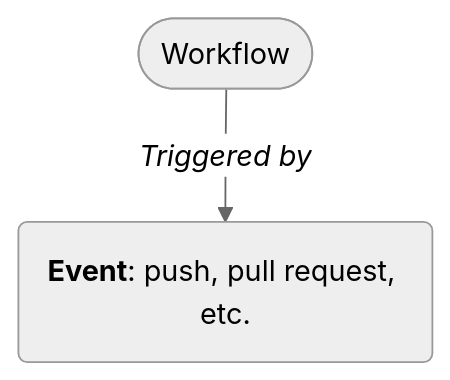
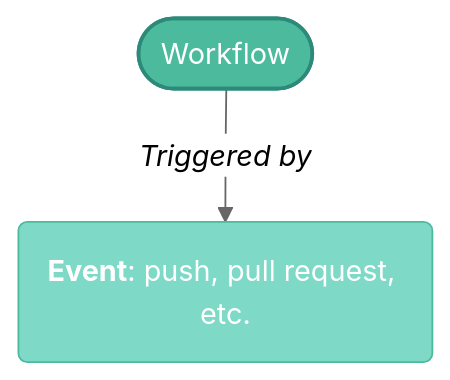
One commit to mjfrigaard/shiny-app-pkgs changed the first of 8 diagrams in gha.qmd. Above: the diagram before and after it, drawn with Mermaid. The commit also changed other lines of this file, not shown here.

First line of the commit message:
Style first 5 mermaid diagrams in gha.qmd with teal palette

````diff
--- a/gha.qmd
+++ b/gha.qmd
@@ -94,8 +94,11 @@
 ```{mermaid}
 %%| fig-align: center
 %%{init: {'theme': 'neutral', 'themeVariables': { 'fontFamily': 'monospace', "fontSize":"16px"}}}%%
 
 flowchart TD
   workflow(["Workflow"]) -->|"<em>Triggered by<em>"| event("<strong>Event</strong>: push, pull request, etc.")
-    
+
+  style workflow fill:#4CBB9D,color:#fff,stroke:#2d8a7a,stroke-width:2px
+  style event fill:#7fd9c7,color:#fff,stroke:#4CBB9D,stroke-width:1px
+
 ```
````
